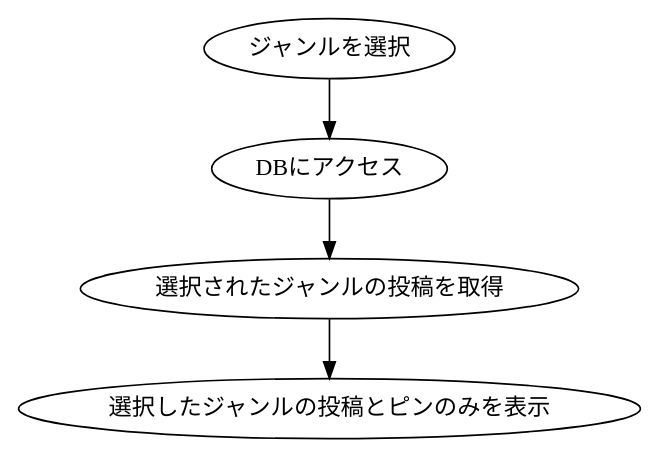
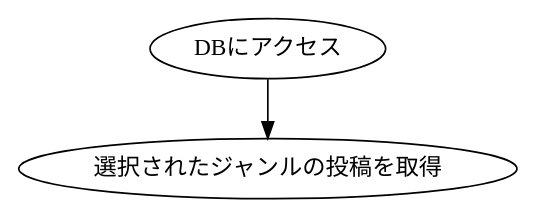
Before and after one commit to KUT-Group12/internal_design: the diagram in dot/marudemaru/GenreSearch.dot, drawn with Graphviz. The commit also changed 233 other files, not shown here.

```diff
--- a/dot/marudemaru/GenreSearch.dot
+++ b/dot/marudemaru/GenreSearch.dot
@@ -1,12 +1,8 @@
 digraph G {
     #include "style.doth"
 
-    serect[label = "ジャンルを選択"]
     db[label = "DBにアクセス"]
     get[label = "選択されたジャンルの投稿を取得"]
-    output[label = "選択したジャンルの投稿とピンのみを表示"]
 
-    serect -> db
     db -> get
-    get -> output
 }
```
